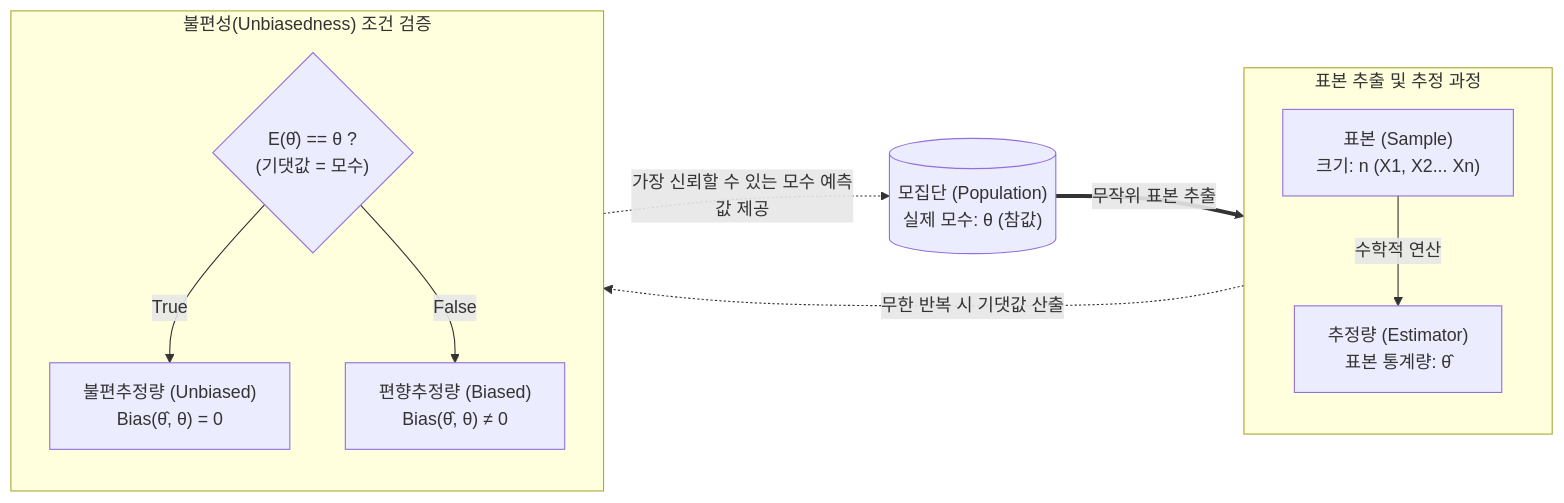
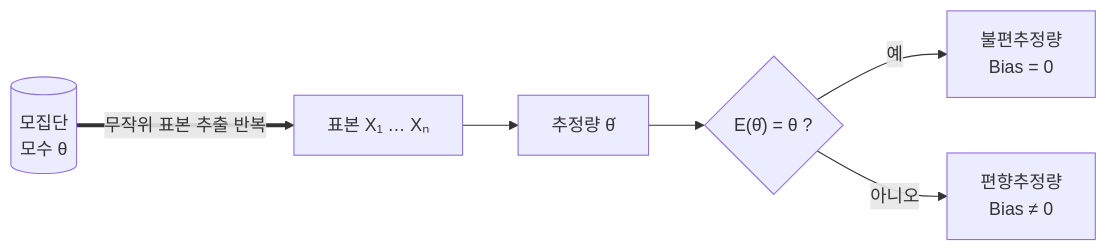
One commit to supremethumb/supremethumb.github.io changed the diagram in content/01_IT Tech/불편추정량.md. Above: the diagram before and after it, drawn with Mermaid. The commit also changed other lines of this file and 1087 other files, not shown here.

````diff
--- a/content/01_IT Tech/불편추정량.md
+++ b/content/01_IT Tech/불편추정량.md
@@ -30,27 +34,8 @@
 ```mermaid
 flowchart LR
-    Population[("모집단 (Population)\n실제 모수: θ (참값)")]
-    
-    subgraph Sampling_Process["표본 추출 및 추정 과정"]
-        direction TB
-        Sample["표본 (Sample)\n크기: n (X1, X2... Xn)"]
-        Estimator["추정량 (Estimator)\n표본 통계량: θ̂"]
-        Sample -- "수학적 연산" --> Estimator
-    end
-
-    Population == "무작위 표본 추출" ==> Sample
-
-    subgraph Unbiasedness_Check["불편성(Unbiasedness) 조건 검증"]
-        direction TB
-        Condition{"E(θ̂) == θ ?\n(기댓값 = 모수)"}
-        Unbiased["불편추정량 (Unbiased)\nBias(θ̂, θ) = 0"]
-        Biased["편향추정량 (Biased)\nBias(θ̂, θ) ≠ 0"]
-        
-        Condition -- "True" --> Unbiased
-        Condition -- "False" --> Biased
-    end
-
-    Estimator -. "무한 반복 시 기댓값 산출" .-> Condition
-    Unbiased -. "가장 신뢰할 수 있는 모수 예측값 제공" .-> Population
-
+    P[("모집단<br/>모수 θ")] == "무작위 표본 추출 반복" ==> S["표본 X₁ … Xₙ"]
+    S --> E["추정량 θ̂"]
+    E --> C{"E(θ̂) = θ ?"}
+    C -- "예" --> U["불편추정량<br/>Bias = 0"]
+    C -- "아니오" --> B["편향추정량<br/>Bias ≠ 0"]
 ```
````
